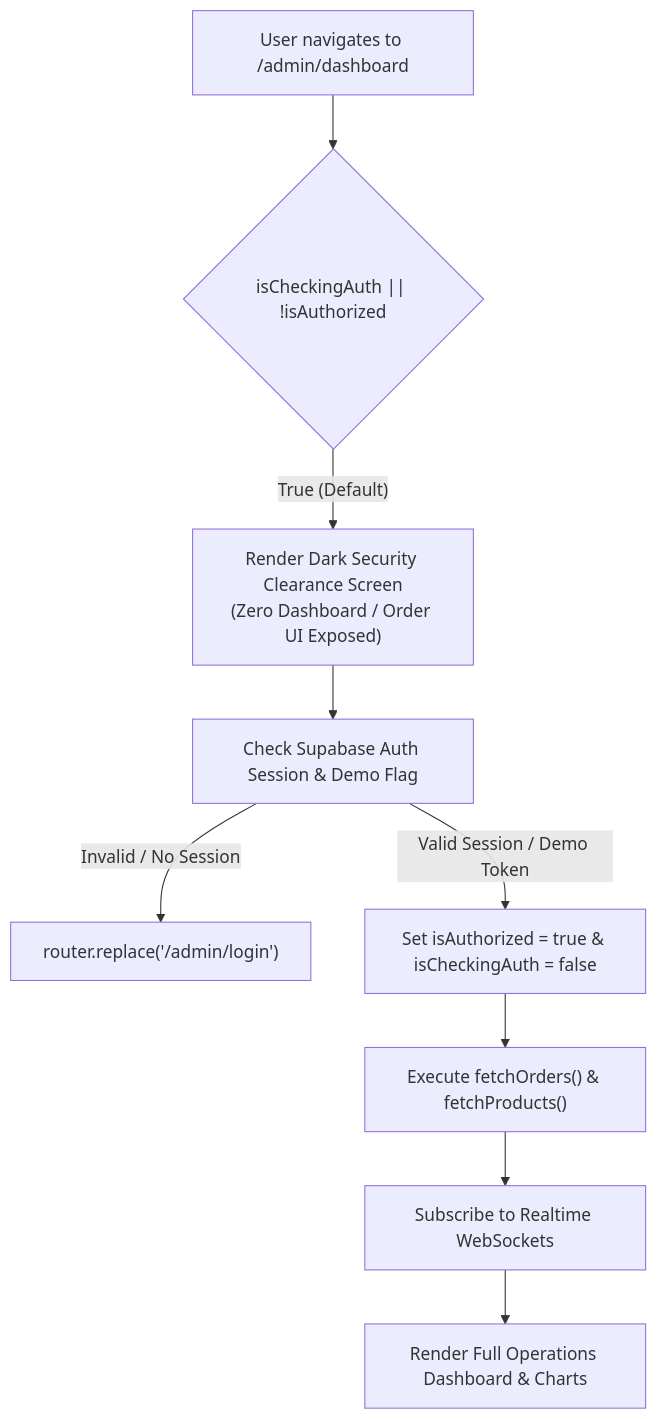
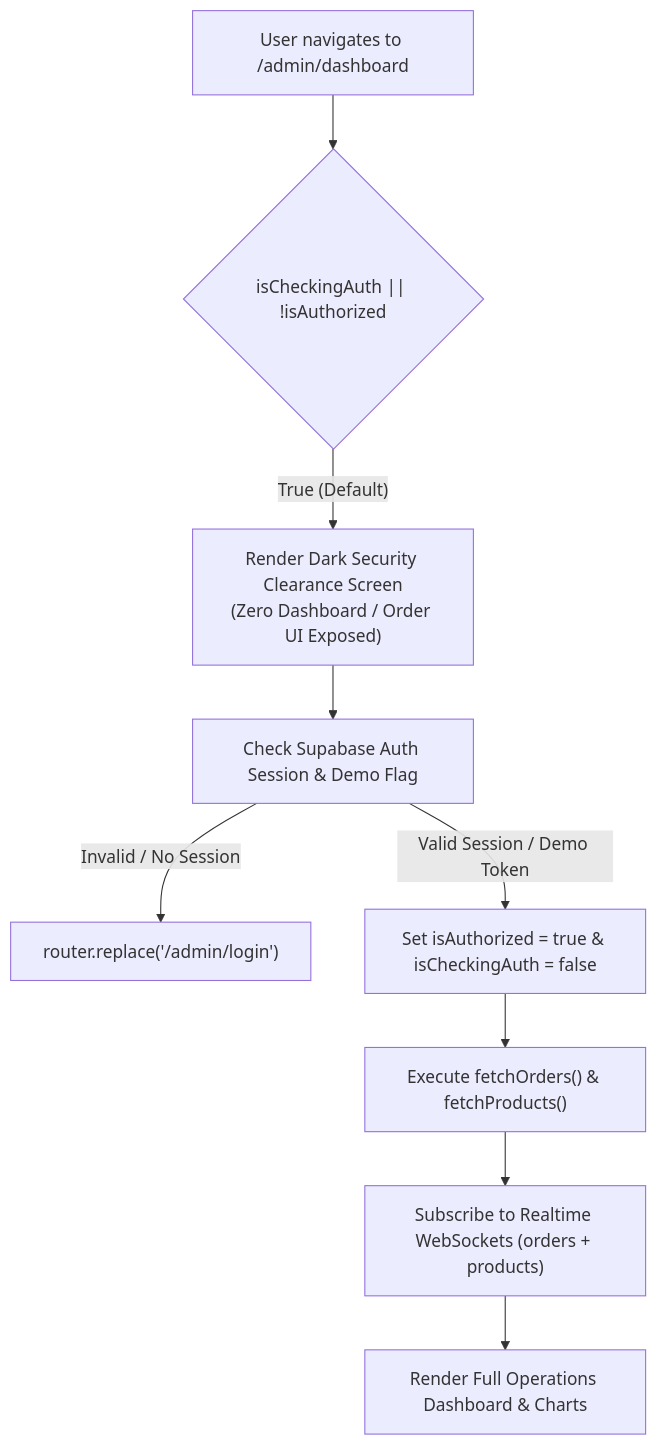
Before and after one commit to aam19azmi/Mini-E-Commerce-and-Realtime-Dashboard: the fifth of 6 diagrams in docs/SYSTEM_FLOWCHART.md, drawn with Mermaid. The commit also changed other lines of this file and 14 other files, not shown here.

````diff
--- a/docs/SYSTEM_FLOWCHART.md
+++ b/docs/SYSTEM_FLOWCHART.md
@@ -116,14 +118,14 @@
 ```mermaid
 flowchart TD
     User["User navigates to /admin/dashboard"] --> Guard{"isCheckingAuth || !isAuthorized"}
     
     Guard -->|"True (Default)"| Loader["Render Dark Security Clearance Screen<br/>(Zero Dashboard / Order UI Exposed)"]
     Loader --> Check["Check Supabase Auth Session & Demo Flag"]
     
     Check -->|"Invalid / No Session"| Redirect["router.replace('/admin/login')"]
     Check -->|"Valid Session / Demo Token"| Authorized["Set isAuthorized = true & isCheckingAuth = false"]
     
     Authorized --> Fetch["Execute fetchOrders() & fetchProducts()"]
-    Fetch --> Sub["Subscribe to Realtime WebSockets"]
+    Fetch --> Sub["Subscribe to Realtime WebSockets (orders + products)"]
     Sub --> Render["Render Full Operations Dashboard & Charts"]
 ```
````
